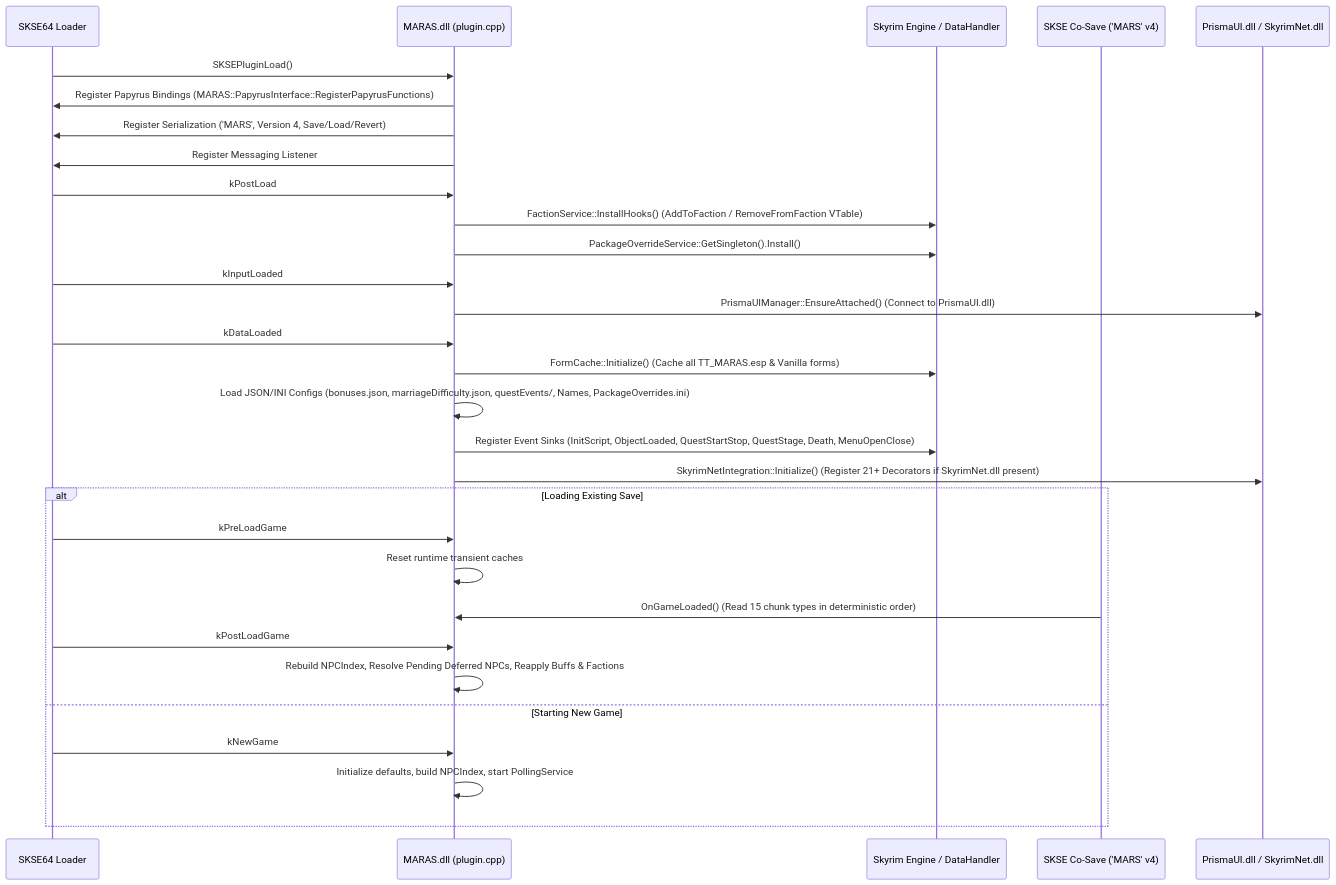
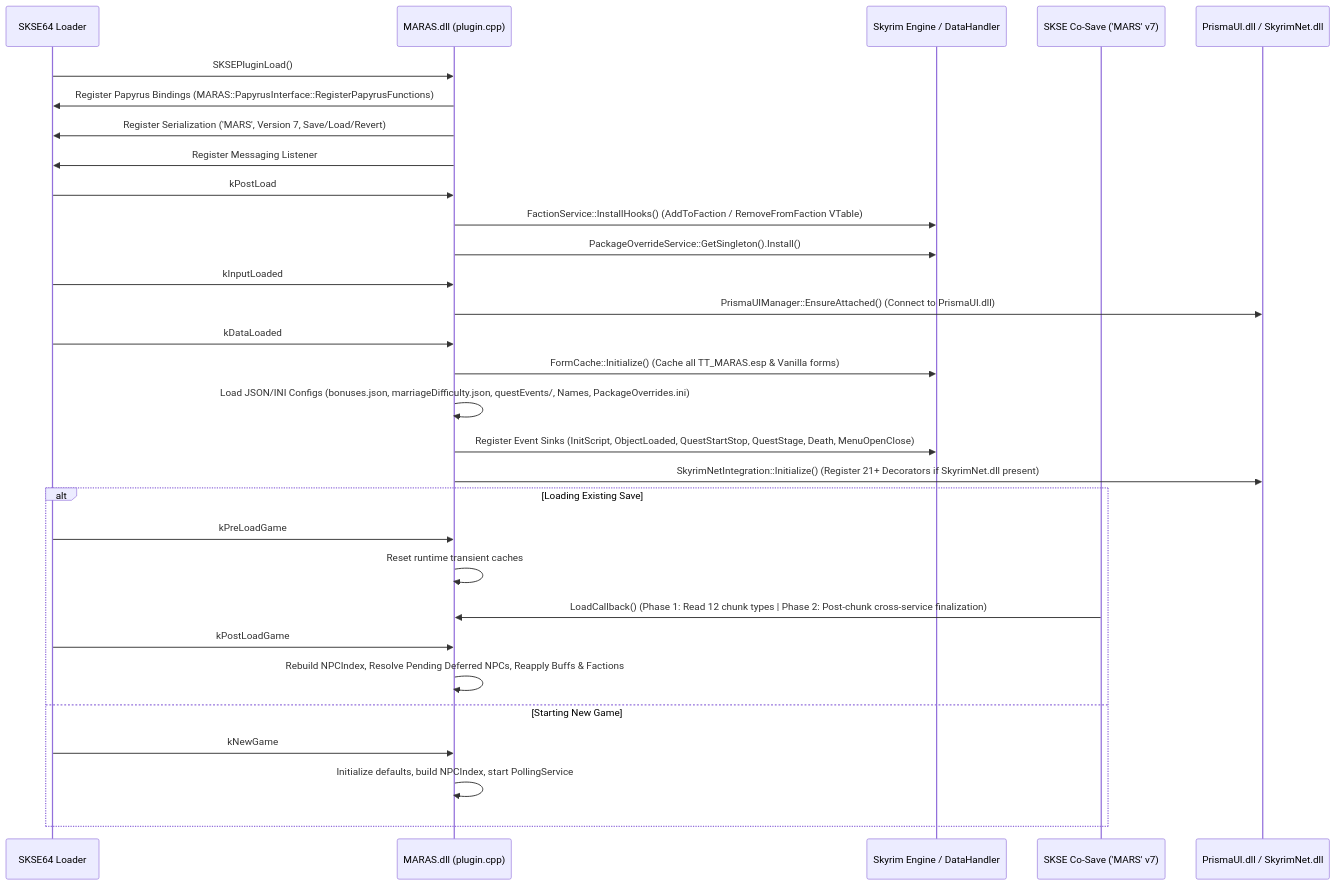
One commit to tetherball88/maras changed the second of 2 diagrams in docs/modder/ARCHITECTURE.md. Above: the diagram before and after it, drawn with Mermaid. The commit also changed other lines of this file and 29 other files, not shown here.

Commit message:
P0.1 — Co-Save Load-Order, 0xFF Overflow, & Revert() Integrity

````diff
--- a/docs/modder/ARCHITECTURE.md
+++ b/docs/modder/ARCHITECTURE.md
@@ -107,37 +107,37 @@
 ```mermaid
 sequenceDiagram
     participant SKSE as SKSE64 Loader
     participant Plugin as MARAS.dll (plugin.cpp)
     participant Engine as Skyrim Engine / DataHandler
-    participant CoSave as SKSE Co-Save ('MARS' v4)
+    participant CoSave as SKSE Co-Save ('MARS' v7)
     participant UI as PrismaUI.dll / SkyrimNet.dll
 
     SKSE->>Plugin: SKSEPluginLoad()
     Plugin->>SKSE: Register Papyrus Bindings (MARAS::PapyrusInterface::RegisterPapyrusFunctions)
-    Plugin->>SKSE: Register Serialization ('MARS', Version 4, Save/Load/Revert)
+    Plugin->>SKSE: Register Serialization ('MARS', Version 7, Save/Load/Revert)
     Plugin->>SKSE: Register Messaging Listener
 
     SKSE->>Plugin: kPostLoad
     Plugin->>Engine: FactionService::InstallHooks() (AddToFaction / RemoveFromFaction VTable)
     Plugin->>Engine: PackageOverrideService::GetSingleton().Install()
 
     SKSE->>Plugin: kInputLoaded
     Plugin->>UI: PrismaUIManager::EnsureAttached() (Connect to PrismaUI.dll)
 
     SKSE->>Plugin: kDataLoaded
     Plugin->>Engine: FormCache::Initialize() (Cache all TT_MARAS.esp & Vanilla forms)
     Plugin->>Plugin: Load JSON/INI Configs (bonuses.json, marriageDifficulty.json, questEvents/, Names, PackageOverrides.ini)
     Plugin->>Engine: Register Event Sinks (InitScript, ObjectLoaded, QuestStartStop, QuestStage, Death, MenuOpenClose)
     Plugin->>UI: SkyrimNetIntegration::Initialize() (Register 21+ Decorators if SkyrimNet.dll present)
 
     alt Loading Existing Save
         SKSE->>Plugin: kPreLoadGame
         Plugin->>Plugin: Reset runtime transient caches
-        CoSave->>Plugin: OnGameLoaded() (Read 15 chunk types in deterministic order)
+        CoSave->>Plugin: LoadCallback() (Phase 1: Read 12 chunk types | Phase 2: Post-chunk cross-service finalization)
         SKSE->>Plugin: kPostLoadGame
         Plugin->>Plugin: Rebuild NPCIndex, Resolve Pending Deferred NPCs, Reapply Buffs & Factions
     else Starting New Game
         SKSE->>Plugin: kNewGame
         Plugin->>Plugin: Initialize defaults, build NPCIndex, start PollingService
     end
 ```
````
